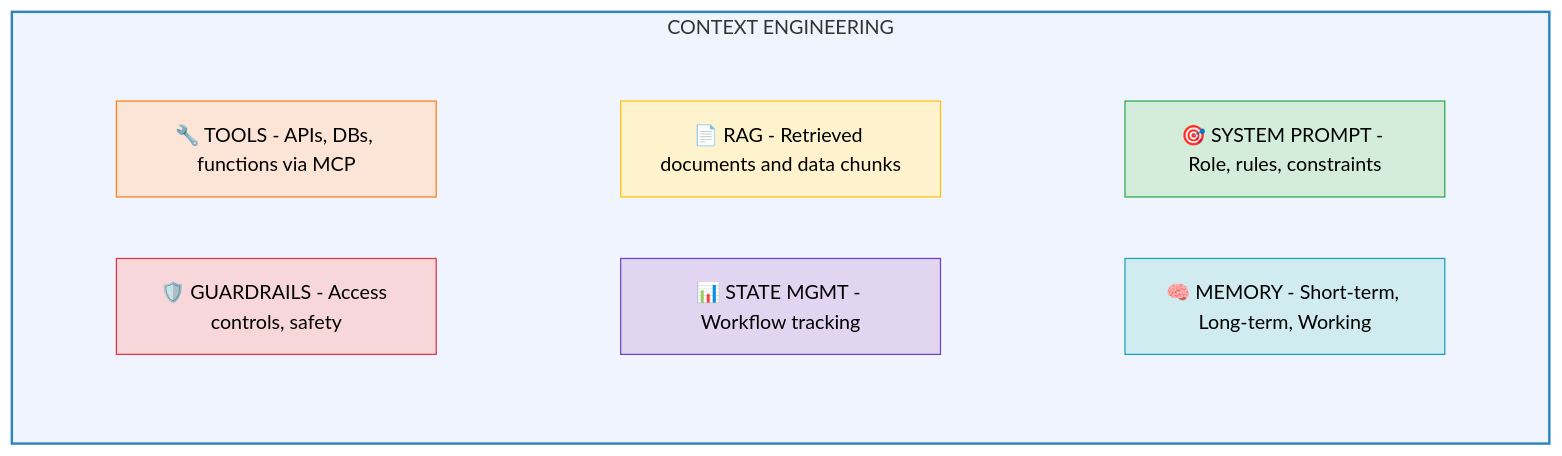
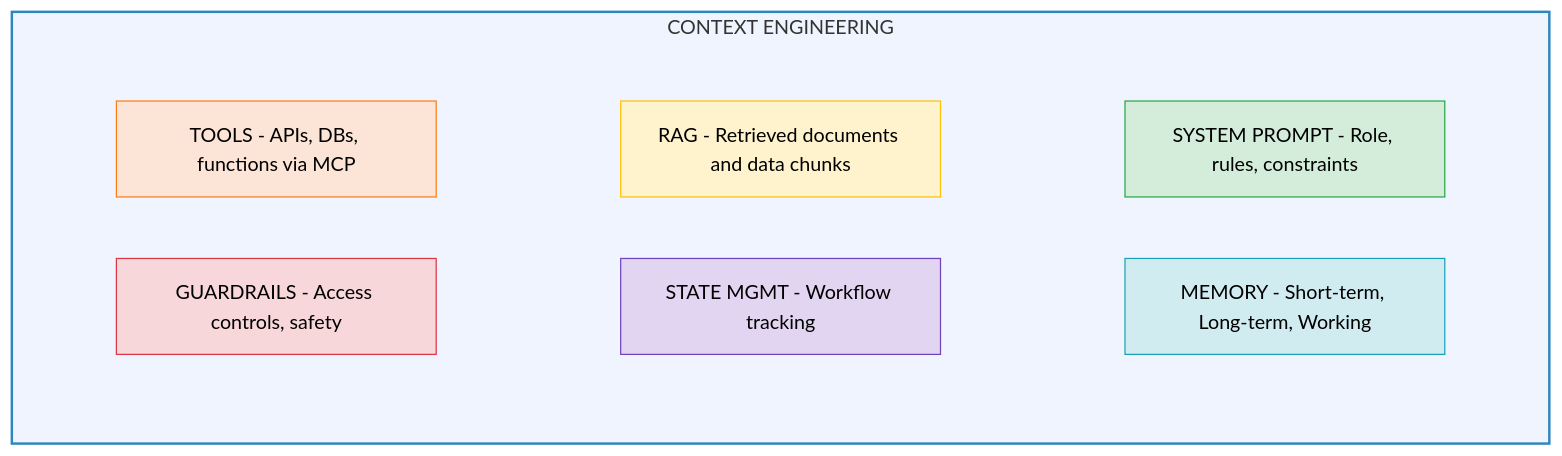
Before and after one commit to ithinktavo/GenAI-Engineering-Handbook: the second of 4 diagrams in docs/01-prompt-engineering-to-context-engineering.md, drawn with Mermaid (forest theme). The commit also changed other lines of this file and 10 other files, not shown here.

Commit message:
Diagram updates

````diff
--- a/docs/01-prompt-engineering-to-context-engineering.md
+++ b/docs/01-prompt-engineering-to-context-engineering.md
@@ -208,29 +209,29 @@
 ```mermaid
 graph TB
     subgraph CE["CONTEXT ENGINEERING"]
         direction TB
         subgraph row1[" "]
-            SP["🎯 SYSTEM PROMPT - Role, rules, constraints"]
-            MM["🧠 MEMORY - Short-term, Long-term, Working"]
+            SP["SYSTEM PROMPT - Role, rules, constraints"]
+            MM["MEMORY - Short-term, Long-term, Working"]
         end
         subgraph row2[" "]
-            RAG["📄 RAG - Retrieved documents and data chunks"]
-            SM["📊 STATE MGMT - Workflow tracking"]
+            RAG["RAG - Retrieved documents and data chunks"]
+            SM["STATE MGMT - Workflow tracking"]
         end
         subgraph row3[" "]
-            TOOLS["🔧 TOOLS - APIs, DBs, functions via MCP"]
-            GUARD["🛡️ GUARDRAILS - Access controls, safety"]
+            TOOLS["TOOLS - APIs, DBs, functions via MCP"]
+            GUARD["GUARDRAILS - Access controls, safety"]
         end
     end
 
     style CE fill:#f0f4ff,stroke:#2E86C1,stroke-width:2px
     style row1 fill:transparent,stroke:none
     style row2 fill:transparent,stroke:none
     style row3 fill:transparent,stroke:none
     style SP fill:#d4edda,stroke:#28a745
     style MM fill:#d1ecf1,stroke:#17a2b8
     style RAG fill:#fff3cd,stroke:#ffc107
     style SM fill:#e2d5f1,stroke:#6f42c1
     style TOOLS fill:#fce4d6,stroke:#fd7e14
     style GUARD fill:#f8d7da,stroke:#dc3545
 ```
````
